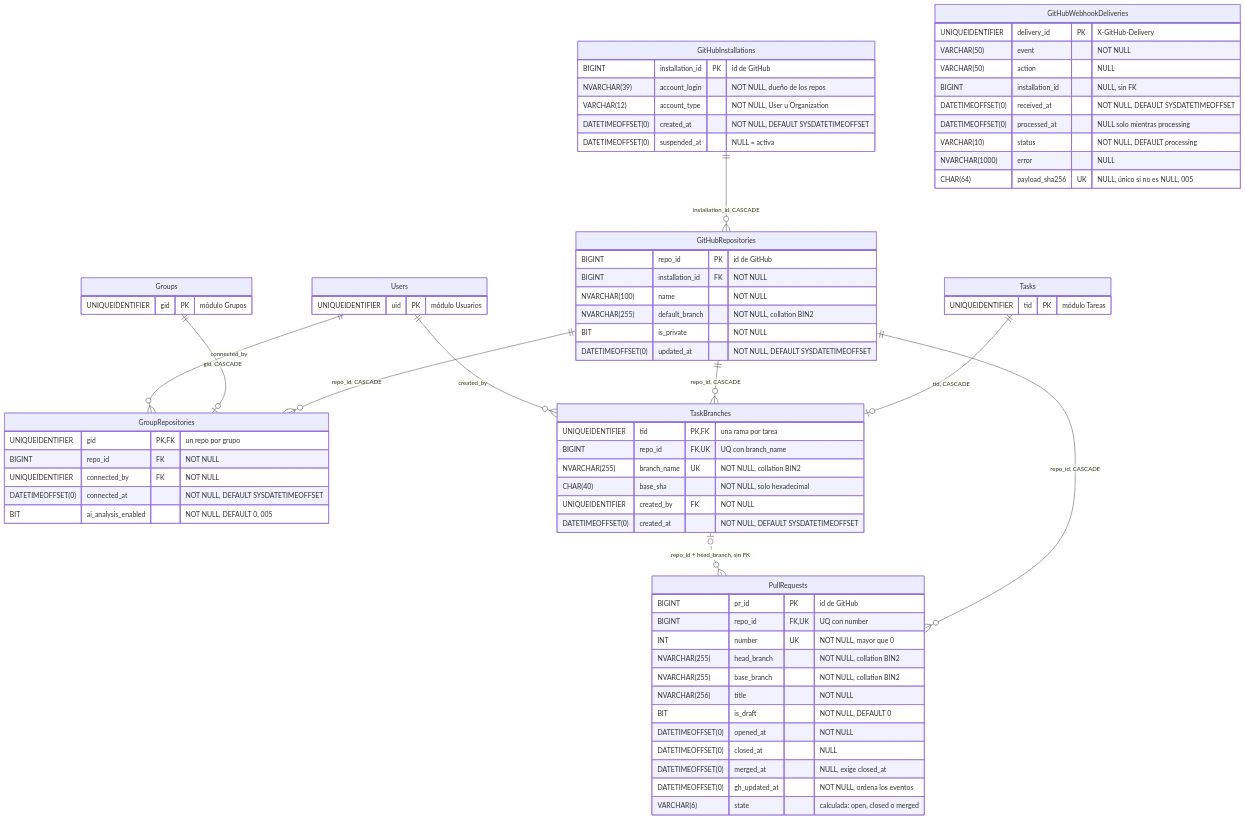
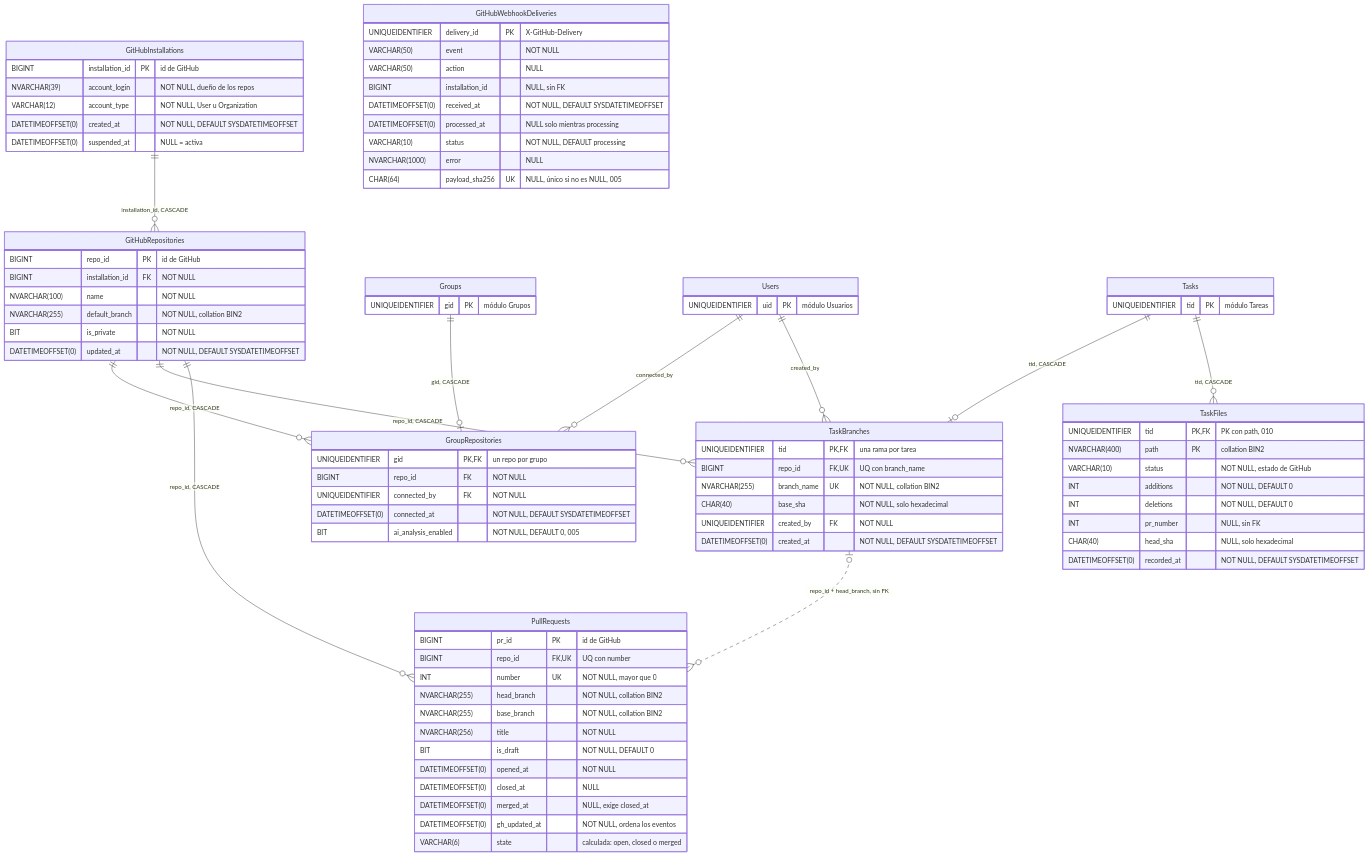
The diagram in documentacion/03-base-de-datos/07-github.md (PabloP150/proyecto-is-cc6), drawn with Mermaid before and after one commit. The commit also changed other lines of this file and 204 other files, not shown here.

First line of the commit message:
docs: update all documentation, diagrams and PNGs to the test/e2e state

````diff
--- a/documentacion/03-base-de-datos/07-github.md
+++ b/documentacion/03-base-de-datos/07-github.md
@@ -13,6 +13,7 @@
     Users ||--o{ TaskBranches : "created_by"
     GitHubRepositories ||--o{ PullRequests : "repo_id, CASCADE"
     TaskBranches |o..o{ PullRequests : "repo_id + head_branch, sin FK"
+    Tasks ||--o{ TaskFiles : "tid, CASCADE"
 
     Users {
         UNIQUEIDENTIFIER uid PK "módulo Usuarios"
@@ -78,4 +79,14 @@
         NVARCHAR(1000) error "NULL"
         CHAR(64) payload_sha256 UK "NULL, único si no es NULL, 005"
     }
+    TaskFiles {
+        UNIQUEIDENTIFIER tid PK, FK "PK con path, 010"
+        NVARCHAR(400) path PK "collation BIN2"
+        VARCHAR(10) status "NOT NULL, estado de GitHub"
+        INT additions "NOT NULL, DEFAULT 0"
+        INT deletions "NOT NULL, DEFAULT 0"
+        INT pr_number "NULL, sin FK"
+        CHAR(40) head_sha "NULL, solo hexadecimal"
+        DATETIMEOFFSET(0) recorded_at "NOT NULL, DEFAULT SYSDATETIMEOFFSET"
+    }
 ```
````
